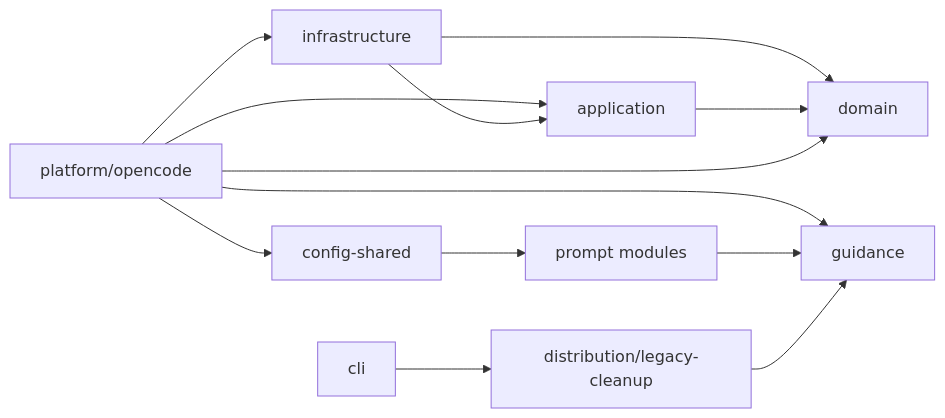
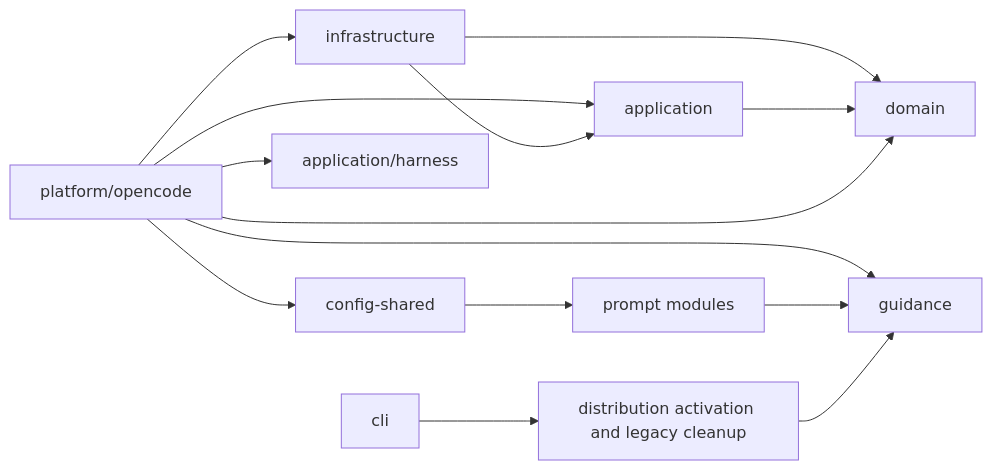
Before and after one commit to ddv1982/flow-opencode: the diagram in docs/architecture/allowed-cross-layer-dependencies.md, drawn with Mermaid. The commit also changed other lines of this file and 101 other files, not shown here.

````diff
--- a/docs/architecture/allowed-cross-layer-dependencies.md
+++ b/docs/architecture/allowed-cross-layer-dependencies.md
@@ -5,15 +5,16 @@
 ```mermaid
 flowchart LR
     Platform[platform/opencode] --> Infrastructure[infrastructure]
     Platform --> Application[application]
     Infrastructure --> Application[application]
     Infrastructure --> Domain[domain]
     Application --> Domain[domain]
     Platform --> Domain
     Platform --> Guidance[guidance]
     Platform --> Config[config-shared]
+    Platform --> Harness[application/harness]
     Config --> Prompts[prompt modules]
     Prompts --> Guidance
-    Distribution[distribution/legacy-cleanup] --> Guidance
+    Distribution[distribution activation and legacy cleanup] --> Guidance
     CLI[cli] --> Distribution
 ```
````
